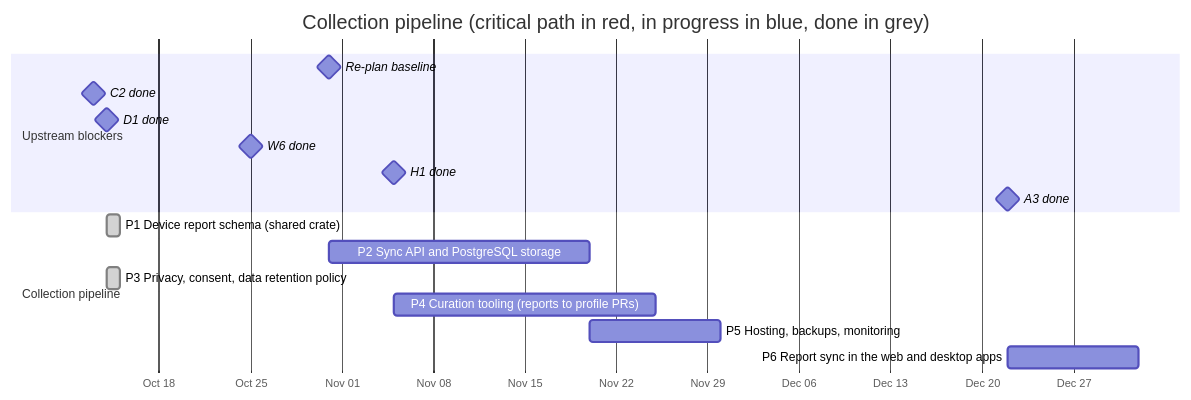
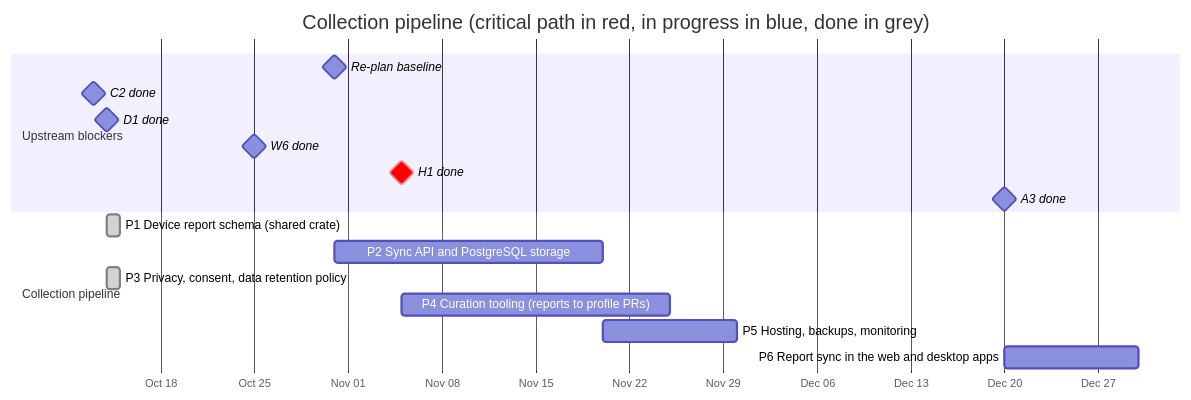
One commit to anygamepad/anygamepad.github.io changed the diagram in ROADMAP/2026-10-31/03-collection-pipeline.md. Above: the diagram before and after it, drawn with Mermaid. The commit also changed other lines of this file and 41 other files, not shown here.

````diff
--- a/ROADMAP/2026-10-31/03-collection-pipeline.md
+++ b/ROADMAP/2026-10-31/03-collection-pipeline.md
@@ -12,20 +12,20 @@
 ```mermaid
 gantt
     dateFormat YYYY-MM-DD
     axisFormat %b %d
     title Collection pipeline (critical path in red, in progress in blue, done in grey)
     section Upstream blockers
     Re-plan baseline :milestone, t0, 2026-10-31, 0d
     C2 done :milestone, c2, 2026-10-13, 0d
     D1 done :milestone, d1, 2026-10-14, 0d
     W6 done :milestone, w6, 2026-10-25, 0d
-    H1 done :milestone, h1, 2026-11-05, 0d
-    A3 done :milestone, a3, 2026-12-22, 0d
+    H1 done :milestone, crit, h1, 2026-11-05, 0d
+    A3 done :milestone, a3, 2026-12-20, 0d
     section Collection pipeline
     P1 Device report schema (shared crate) :done, p1, 2026-10-14, 1d
     P2 Sync API and PostgreSQL storage :p2, after p1 t0, 20d
     P3 Privacy, consent, data retention policy :done, p3, 2026-10-14, 1d
     P4 Curation tooling (reports to profile PRs) :p4, after p1 d1 h1, 20d
     P5 Hosting, backups, monitoring :p5, after p2, 10d
     P6 Report sync in the web and desktop apps :p6, after p2 w6 a3, 10d
 ```
````
